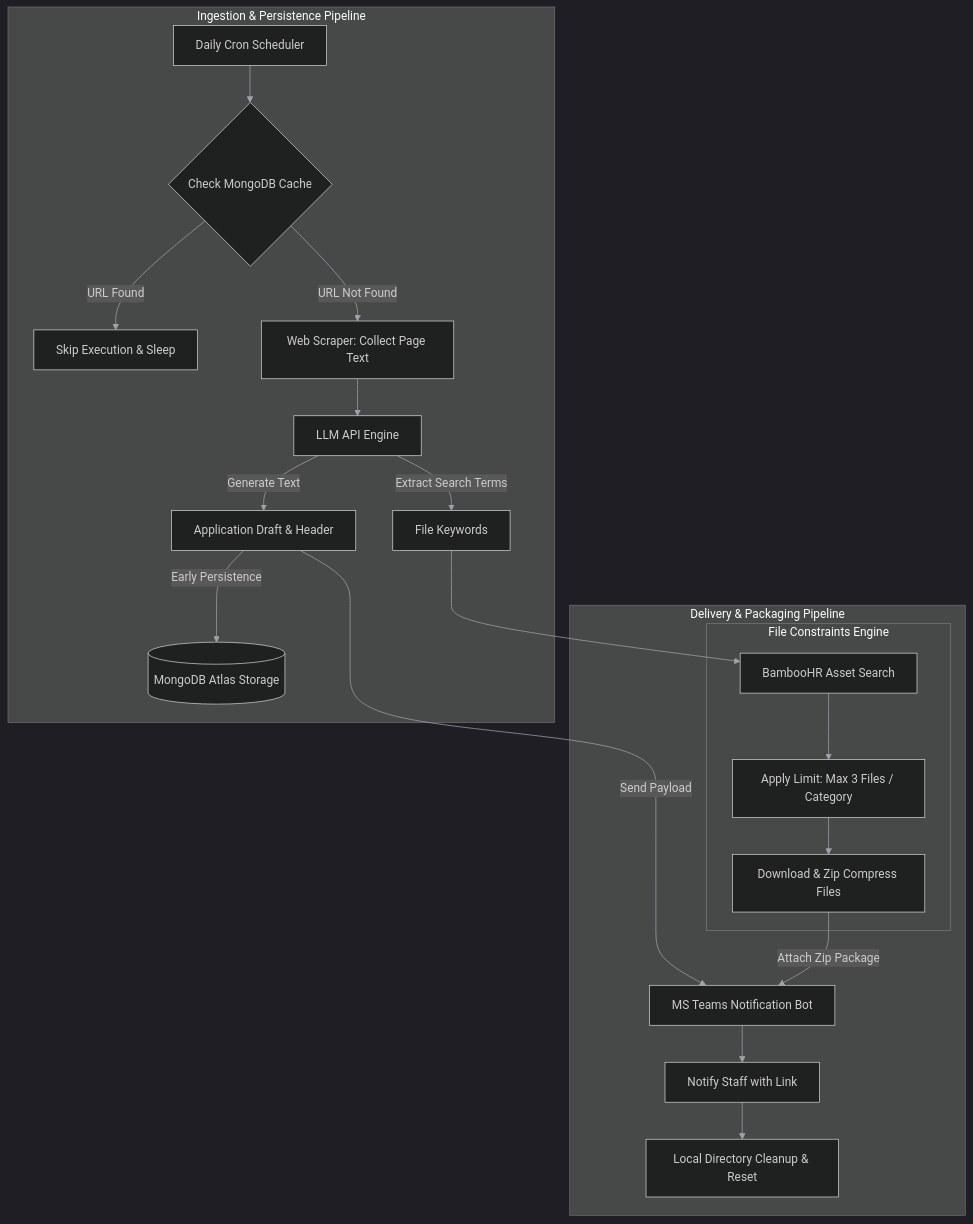
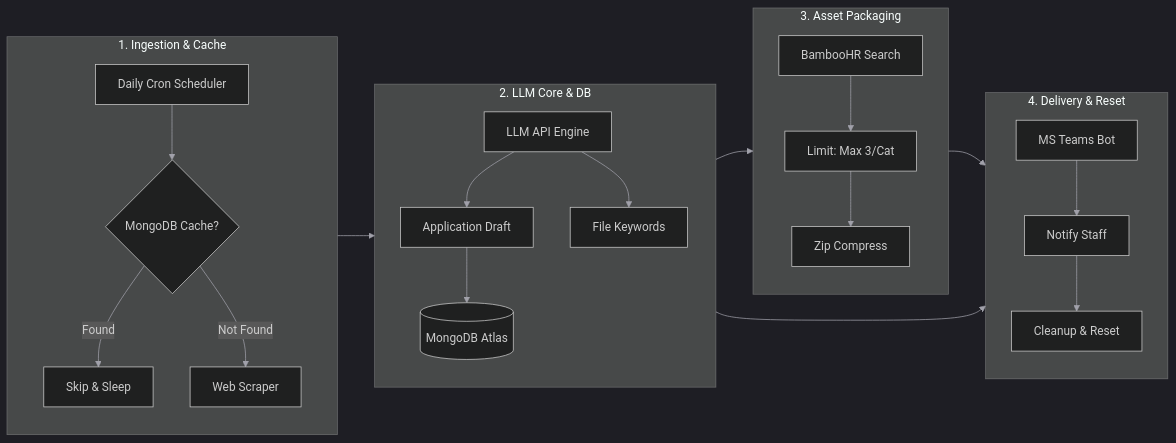
One commit to wevans02/Meta-Employment-Services-Internship changed the diagram in Agentic-AI-system/README.md. Above: the diagram before and after it, drawn with Mermaid.

Commit message:
Trying new formatting

````diff
--- a/Agentic-AI-system/README.md
+++ b/Agentic-AI-system/README.md
@@ -7,33 +7,37 @@
 ```mermaid
 %%{init: { 'theme': 'dark', 'themeVariables': { 'lineColor': '#a1a1aa', 'labelColor': '#ffffff', 'primaryColor': '#1e293b', 'primaryTextColor': '#ffffff', 'actorLineColor': '#ffffff' }}}%%
-graph TD
-    %% Left Column: Ingestion & Draft Generation Pipeline
-    subgraph Ingestion & Persistence Pipeline
-        Cron[Daily Cron Scheduler] --> CheckCache{Check MongoDB Cache}
-        CheckCache -->|URL Found| Skip[Skip Execution & Sleep]
-        CheckCache -->|URL Not Found| Scraper[Web Scraper: Collect Page Text]
-        
-        Scraper --> LLM[LLM API Engine]
-        
-        LLM -->|Generate Text| Draft[Application Draft & Header]
-        LLM -->|Extract Search Terms| Keywords[File Keywords]
-        
-        Draft -->|Early Persistence| Mongo[(MongoDB Atlas Storage)]
+graph LR
+    %% Column 1: Ingestion & Deduplication
+    subgraph Ingestion [1. Ingestion & Cache]
+        direction TB
+        Cron[Daily Cron Scheduler] --> CheckCache{MongoDB Cache?}
+        CheckCache -->|Found| Skip[Skip & Sleep]
+        CheckCache -->|Not Found| Scraper[Web Scraper]
     end
 
-    %% Right Column: Asset Packaging & Delivery Pipeline
-    subgraph Delivery & Packaging Pipeline
-        Keywords --> Bamboo[BambooHR Asset Search]
-        
-        subgraph File Constraints Engine
-            Bamboo --> Limit[Apply Limit: Max 3 Files / Category]
-            Limit --> Zip[Download & Zip Compress Files]
-        end
-        
-        Draft -->|Send Payload| Teams[MS Teams Notification Bot]
-        Zip -->|Attach Zip Package| Teams
-        
-        Teams --> Notify[Notify Staff with Link]
-        Notify --> Cleanup[Local Directory Cleanup & Reset]
+    %% Column 2: LLM Engine & Early Storage
+    subgraph Core [2. LLM Core & DB]
+        direction TB
+        Scraper --> LLM[LLM API Engine]
+        LLM --> Draft[Application Draft]
+        LLM --> Keywords[File Keywords]
+        Draft --> Mongo[(MongoDB Atlas)]
+    end
+
+    %% Column 3: Asset Packaging
+    subgraph Packaging [3. Asset Packaging]
+        direction TB
+        Keywords --> Bamboo[BambooHR Search]
+        Bamboo --> Limit[Limit: Max 3/Cat]
+        Limit --> Zip[Zip Compress]
+    end
+
+    %% Column 4: Delivery & Cleanup
+    subgraph Delivery [4. Delivery & Reset]
+        direction TB
+        Draft --> Teams[MS Teams Bot]
+        Zip --> Teams
+        Teams --> Notify[Notify Staff]
+        Notify --> Cleanup[Cleanup & Reset]
     end
 ```
````
